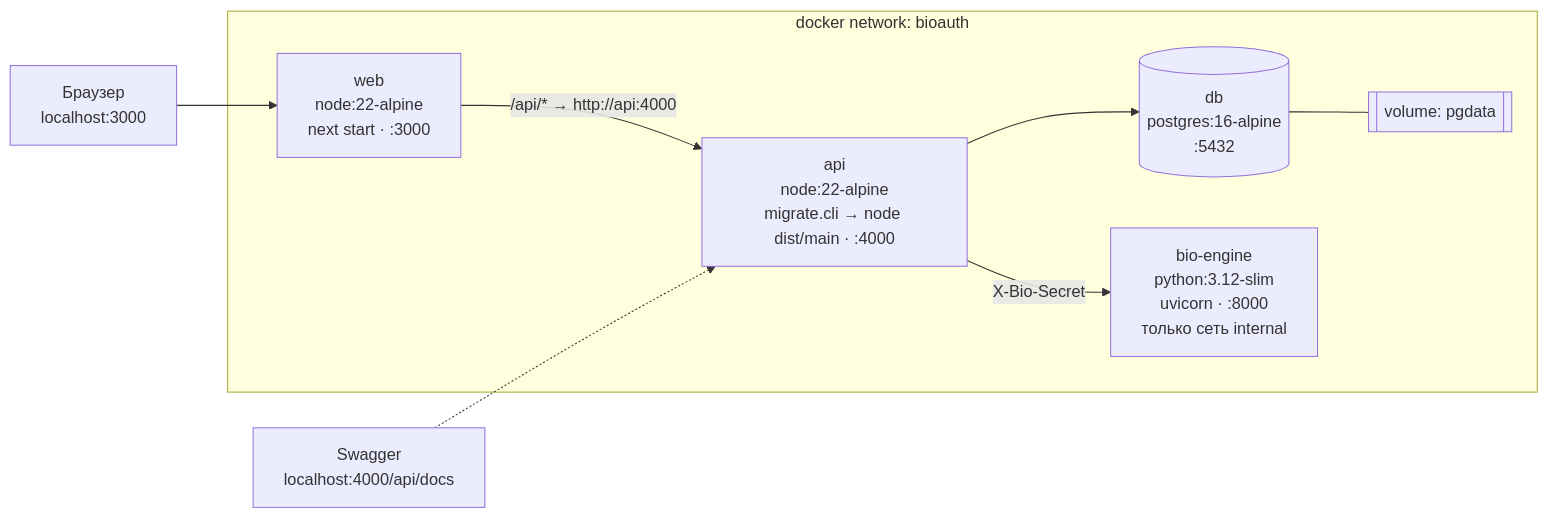
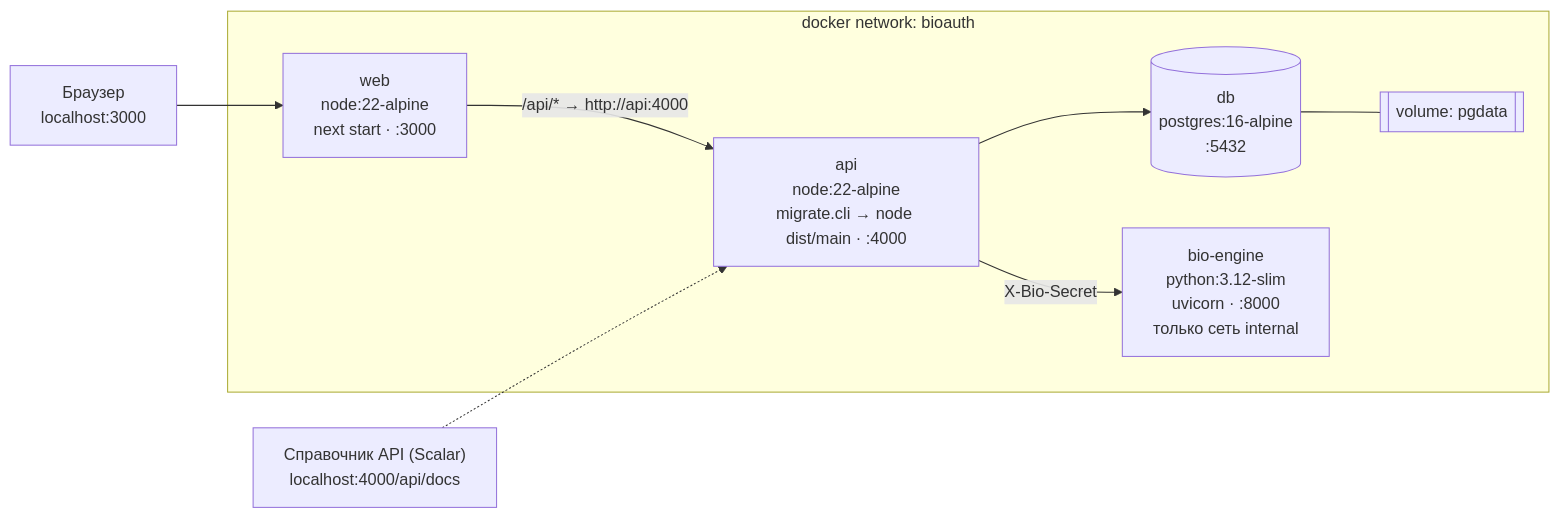
Before and after one commit to DcNi3L/bioauth-optimizer: the diagram in docs/06-deployment.md, drawn with Mermaid. The commit also changed other lines of this file and 40 other files, not shown here.

First line of the commit message:
feat(api): справочник API на Scalar вместо Swagger UI (3.1.2)

````diff
--- a/docs/06-deployment.md
+++ b/docs/06-deployment.md
@@ -5,16 +5,16 @@
 ```mermaid
 flowchart LR
   B["Браузер<br/>localhost:3000"] --> WEB
   subgraph net["docker network: bioauth"]
     WEB["web<br/>node:22-alpine<br/>next start · :3000"]
     API["api<br/>node:22-alpine<br/>migrate.cli → node dist/main · :4000"]
     DB[("db<br/>postgres:16-alpine<br/>:5432")]
     BIO["bio-engine<br/>python:3.12-slim<br/>uvicorn · :8000<br/>только сеть internal"]
     VOL[["volume: pgdata"]]
   end
   WEB -- "/api/* → http://api:4000" --> API
   API --> DB
   API -- "X-Bio-Secret" --> BIO
   DB --- VOL
-  SW["Swagger<br/>localhost:4000/api/docs"] -.-> API
+  SW["Справочник API (Scalar)<br/>localhost:4000/api/docs"] -.-> API
 ```
````
